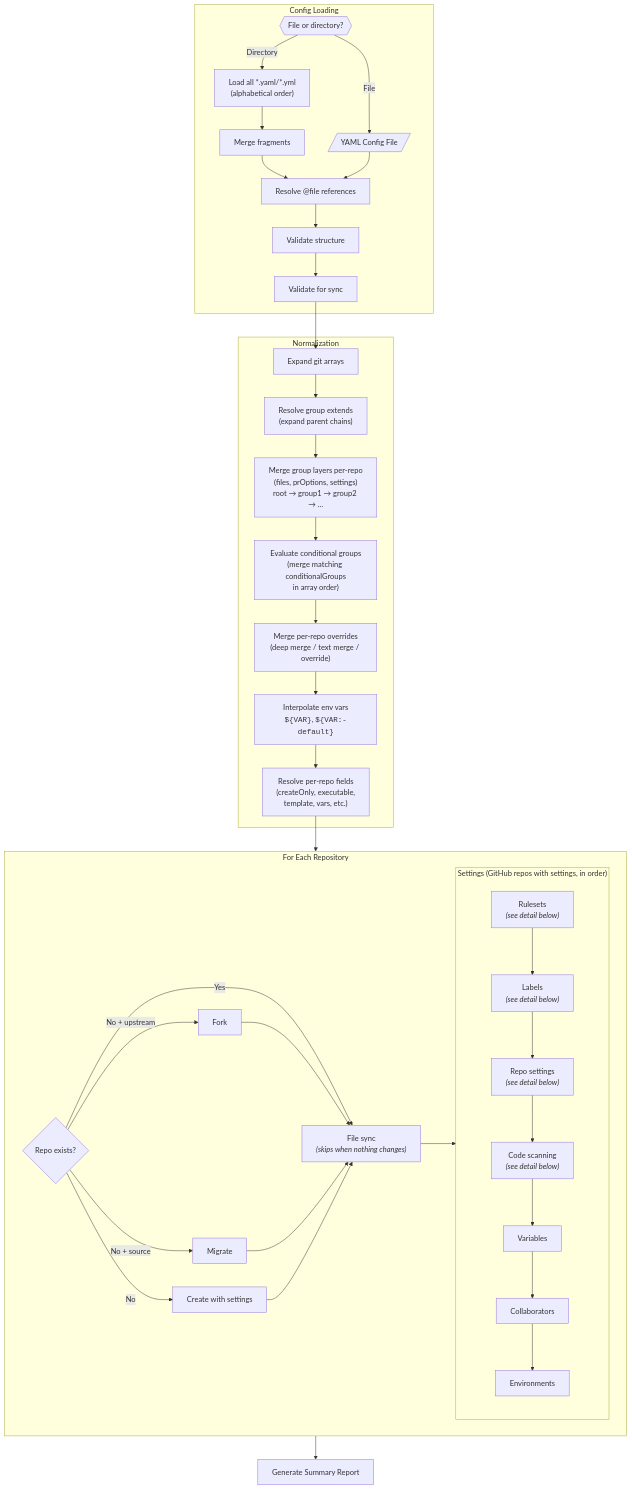
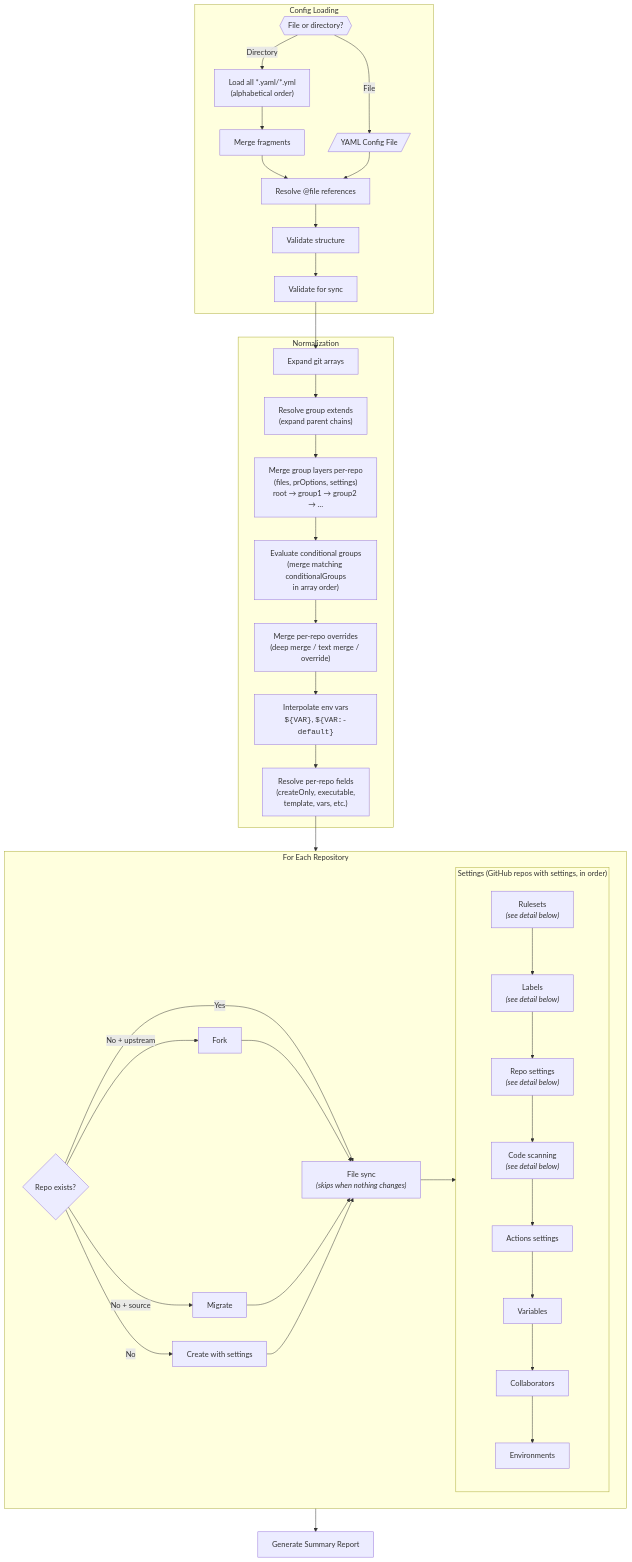
The third of 7 diagrams in docs/index.md (anthony-spruyt/xfg), drawn with Mermaid before and after one commit. The commit also changed 45 other files, not shown here.

Commit message:
feat(settings): manage GitHub Actions settings (#1347)

````diff
--- a/docs/index.md
+++ b/docs/index.md
@@ -333,47 +333,48 @@
 ```mermaid
 flowchart TB
     subgraph Loading["Config Loading"]
         INPUT{{"File or directory?"}} -->|File| YAML[/"YAML Config File"/]
         INPUT -->|Directory| DIR["Load all *.yaml/*.yml<br/>(alphabetical order)"]
         DIR --> MERGE_CFG["Merge fragments"]
         MERGE_CFG --> REFS["Resolve @file references"]
         YAML --> REFS
         REFS --> VALIDATE["Validate structure"]
         VALIDATE --> VALIDATE_CMD["Validate for sync"]
     end
 
     subgraph Normalization
         EXPAND["Expand git arrays"] --> EXTENDS_S["Resolve group extends<br/>(expand parent chains)"]
         EXTENDS_S --> GROUPS_S["Merge group layers per-repo<br/>(files, prOptions, settings)<br/>root → group1 → group2 → …"]
         GROUPS_S --> COND_S["Evaluate conditional groups<br/>(merge matching conditionalGroups<br/>in array order)"]
         COND_S --> MERGE_S["Merge per-repo overrides<br/>(deep merge / text merge / override)"]
         MERGE_S --> ENV_S["Interpolate env vars<br/><code>${VAR}</code>, <code>${VAR:-default}</code>"]
         ENV_S --> OPTS_S["Resolve per-repo fields<br/>(createOnly, executable,<br/>template, vars, etc.)"]
     end
 
     subgraph ForEach["For Each Repository"]
         EXIST{"Repo exists?"} -->|Yes| FILES
         EXIST -->|"No + upstream"| FORK["Fork"] --> FILES
         EXIST -->|"No + source"| MIGRATE["Migrate"] --> FILES
         EXIST -->|No| CREATE["Create with settings"] --> FILES
         FILES["File sync<br/><i>(skips when nothing changes)</i>"]
 
         subgraph Settings["Settings (GitHub repos with settings, in order)"]
             direction TB
             RS["Rulesets<br/><i>(see detail below)</i>"] --> LBL["Labels<br/><i>(see detail below)</i>"]
             LBL --> REPO["Repo settings<br/><i>(see detail below)</i>"]
             REPO --> CS["Code scanning<br/><i>(see detail below)</i>"]
-            CS --> VAR["Variables"]
+            CS --> ACT["Actions settings"]
+            ACT --> VAR["Variables"]
             VAR --> COLLAB["Collaborators"]
             COLLAB --> ENVS["Environments"]
         end
 
         FILES --> RS
     end
 
     REPORT["Generate Summary Report"]
 
     VALIDATE_CMD --> EXPAND
     OPTS_S --> ForEach
     ForEach --> REPORT
 ```
````
